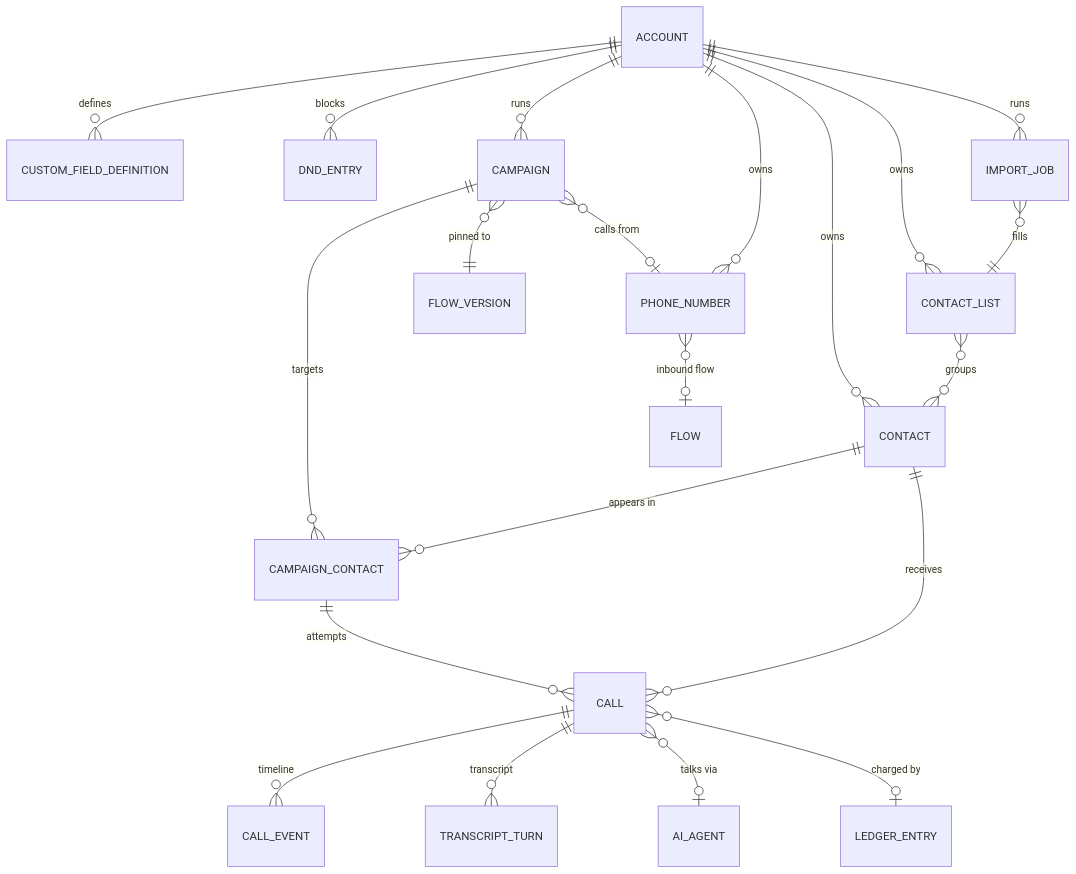
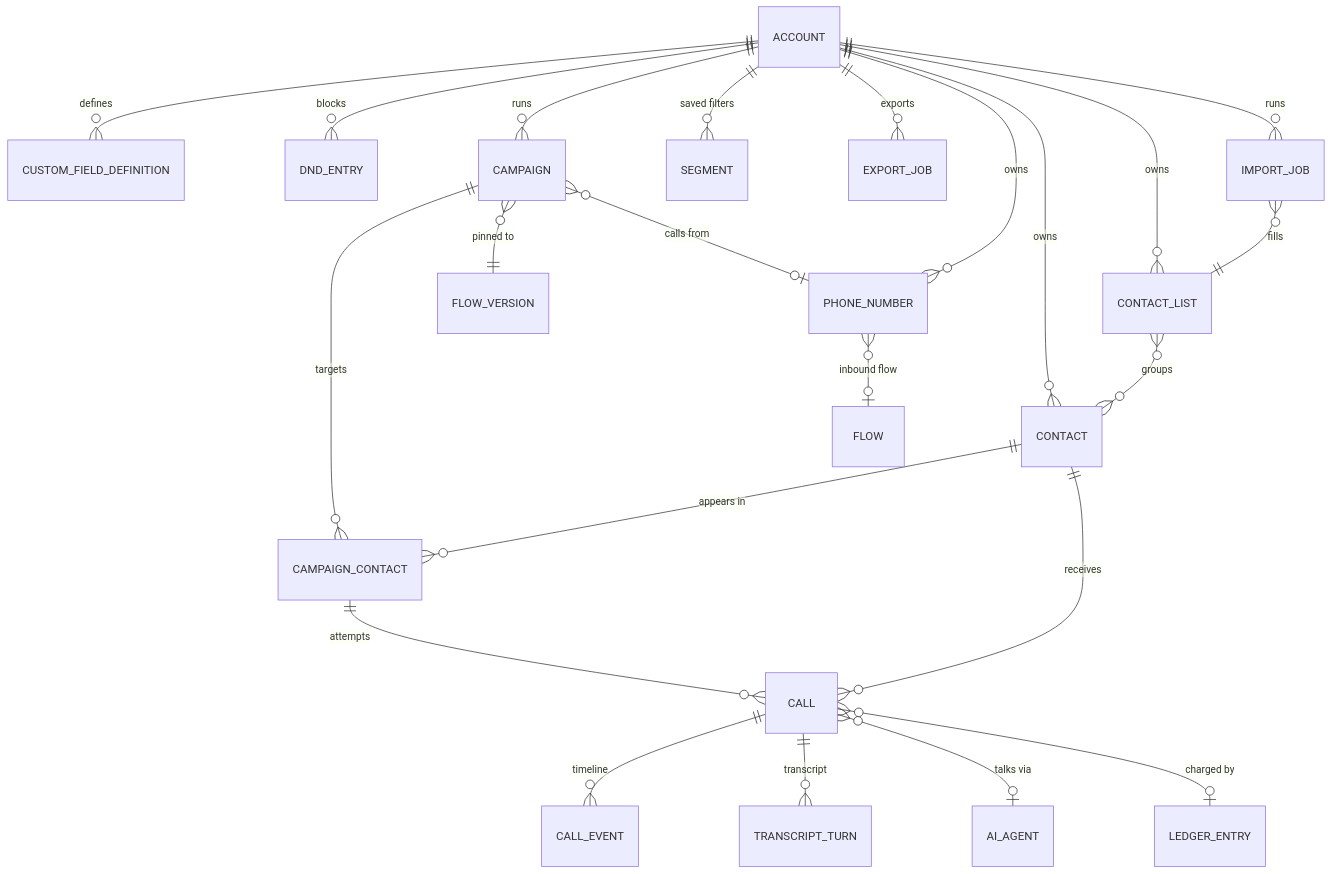
Before and after one commit to lalitbansal40/cell-ai-voicebot-backend: the second of 3 diagrams in docs/conventions/data-model.md, drawn with Mermaid. The commit also changed other lines of this file and 37 other files, not shown here.

First line of the commit message:
feat(contacts): add contact, list, field, segment, dnd and job models [P3-T3.1]

````diff
--- a/docs/conventions/data-model.md
+++ b/docs/conventions/data-model.md
@@ -31,23 +31,25 @@
 ```mermaid
 erDiagram
     ACCOUNT ||--o{ CONTACT : owns
     ACCOUNT ||--o{ CONTACT_LIST : owns
     CONTACT_LIST }o--o{ CONTACT : groups
     ACCOUNT ||--o{ CUSTOM_FIELD_DEFINITION : defines
     ACCOUNT ||--o{ DND_ENTRY : blocks
     ACCOUNT ||--o{ IMPORT_JOB : runs
     IMPORT_JOB }o--|| CONTACT_LIST : "fills"
+    ACCOUNT ||--o{ SEGMENT : "saved filters"
+    ACCOUNT ||--o{ EXPORT_JOB : exports
     ACCOUNT ||--o{ CAMPAIGN : runs
     CAMPAIGN }o--|| FLOW_VERSION : "pinned to"
     CAMPAIGN }o--o| PHONE_NUMBER : "calls from"
     CAMPAIGN ||--o{ CAMPAIGN_CONTACT : targets
     CONTACT ||--o{ CAMPAIGN_CONTACT : "appears in"
     CAMPAIGN_CONTACT ||--o{ CALL : "attempts"
     CONTACT ||--o{ CALL : receives
     CALL ||--o{ CALL_EVENT : "timeline"
     CALL ||--o{ TRANSCRIPT_TURN : "transcript"
     CALL }o--o| AI_AGENT : "talks via"
     CALL }o--o| LEDGER_ENTRY : "charged by"
     ACCOUNT ||--o{ PHONE_NUMBER : owns
     PHONE_NUMBER }o--o| FLOW : "inbound flow"
 ```
````
